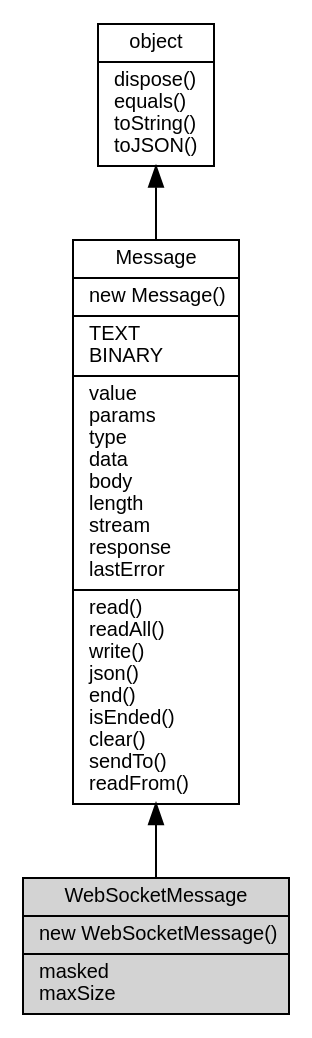
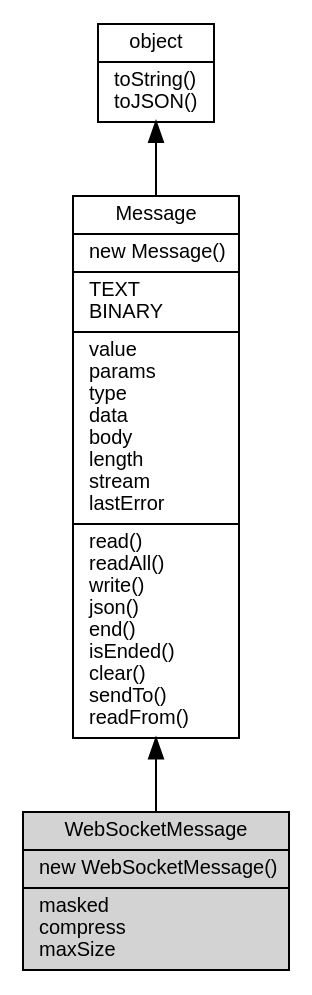
The diagram in docs/object/ifs/WebSocketMessage.md (asionius/fibjs-ceph), drawn with Graphviz before and after one commit. The commit also changed other lines of this file and 138 other files, not shown here.

````diff
--- a/docs/object/ifs/WebSocketMessage.md
+++ b/docs/object/ifs/WebSocketMessage.md
@@ -13,12 +13,12 @@
 ```dot
 digraph {
     node [fontname="Helvetica,sans-Serif", fontsize=10, shape="record", style="filled", fillcolor="white"];
 
-    object [tooltip="object", URL="object.md", label="{object|dispose()\lequals()\ltoString()\ltoJSON()\l}"];
-    Message [tooltip="Message", URL="Message.md", label="{Message|new Message()\l|TEXT\lBINARY\l|value\lparams\ltype\ldata\lbody\llength\lstream\lresponse\llastError\l|read()\lreadAll()\lwrite()\ljson()\lend()\lisEnded()\lclear()\lsendTo()\lreadFrom()\l}"];
-    WebSocketMessage [tooltip="WebSocketMessage", fillcolor="lightgray", label="{WebSocketMessage|new WebSocketMessage()\l|masked\lmaxSize\l}"];
+    object [tooltip="object", URL="object.md", label="{object|toString()\ltoJSON()\l}"];
+    Message [tooltip="Message", URL="Message.md", label="{Message|new Message()\l|TEXT\lBINARY\l|value\lparams\ltype\ldata\lbody\llength\lstream\llastError\l|read()\lreadAll()\lwrite()\ljson()\lend()\lisEnded()\lclear()\lsendTo()\lreadFrom()\l}"];
+    WebSocketMessage [tooltip="WebSocketMessage", fillcolor="lightgray", id="me", label="{WebSocketMessage|new WebSocketMessage()\l|masked\lcompress\lmaxSize\l}"];
 
     object -> Message [dir=back];
     Message -> WebSocketMessage [dir=back];
 }
 ```
````
